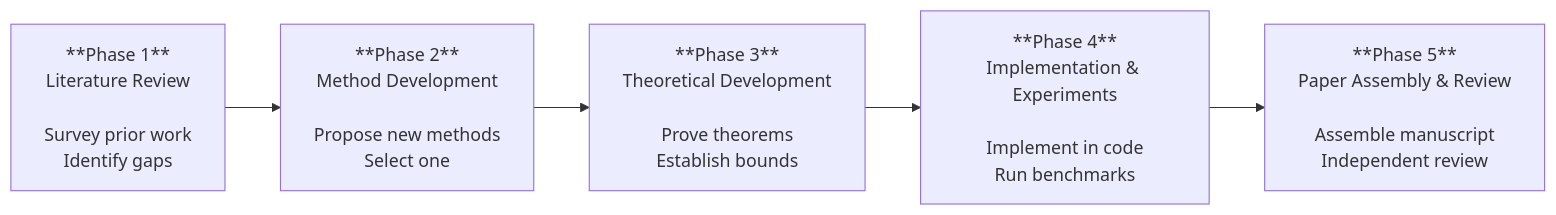
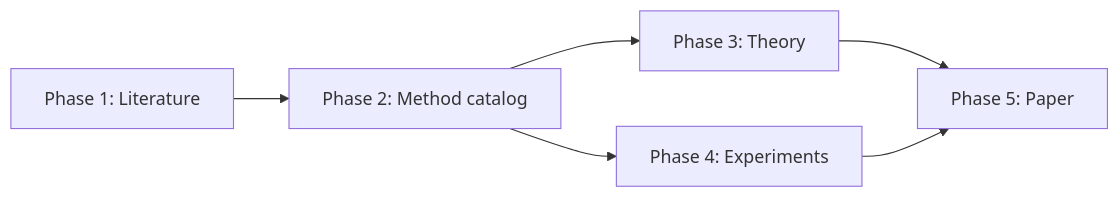
The diagram in website/docs/workflow/pipeline.md (rqzhu-aide/research-hub), drawn with Mermaid before and after one commit. The commit also changed other lines of this file and 67 other files, not shown here.

````diff
--- a/website/docs/workflow/pipeline.md
+++ b/website/docs/workflow/pipeline.md
@@ -13,7 +25,8 @@
 ```mermaid
 flowchart LR
-    P1["**Phase 1**<br/>Literature Review<br/><br/>Survey prior work<br/>Identify gaps"] --> P2["**Phase 2**<br/>Method Development<br/><br/>Propose new methods<br/>Select one"]
-    P2 --> P3["**Phase 3**<br/>Theoretical Development<br/><br/>Prove theorems<br/>Establish bounds"]
-    P3 --> P4["**Phase 4**<br/>Implementation & Experiments<br/><br/>Implement in code<br/>Run benchmarks"]
-    P4 --> P5["**Phase 5**<br/>Paper Assembly & Review<br/><br/>Assemble manuscript<br/>Independent review"]
+    P1["Phase 1: Literature"] --> P2["Phase 2: Method catalog"]
+    P2 --> P3["Phase 3: Theory"]
+    P2 --> P4["Phase 4: Experiments"]
+    P3 --> P5["Phase 5: Paper"]
+    P4 --> P5
 ```
````
